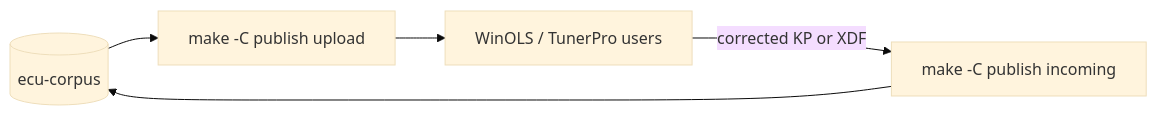
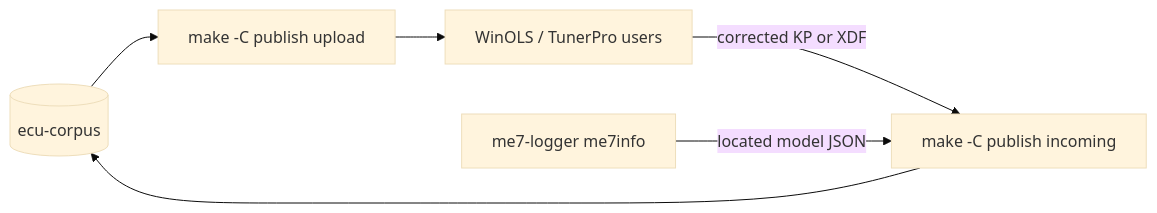
Before and after one commit to nyetlabs/xdfkit: the third of 3 diagrams in DEVELOPER.md, drawn with Mermaid (base theme). The commit also changed other lines of this file and 3 other files, not shown here.

````diff
--- a/DEVELOPER.md
+++ b/DEVELOPER.md
@@ -61,7 +61,8 @@
 ```mermaid
 flowchart LR
   corpus[("ecu-corpus")] --> publish["make -C publish upload"]
   publish --> users["WinOLS / TunerPro users"]
   users -- "corrected KP or XDF" --> incoming["make -C publish incoming"]
+  me7info["me7-logger me7info"] -- "located model JSON" --> incoming
   incoming --> corpus
 ```
````
